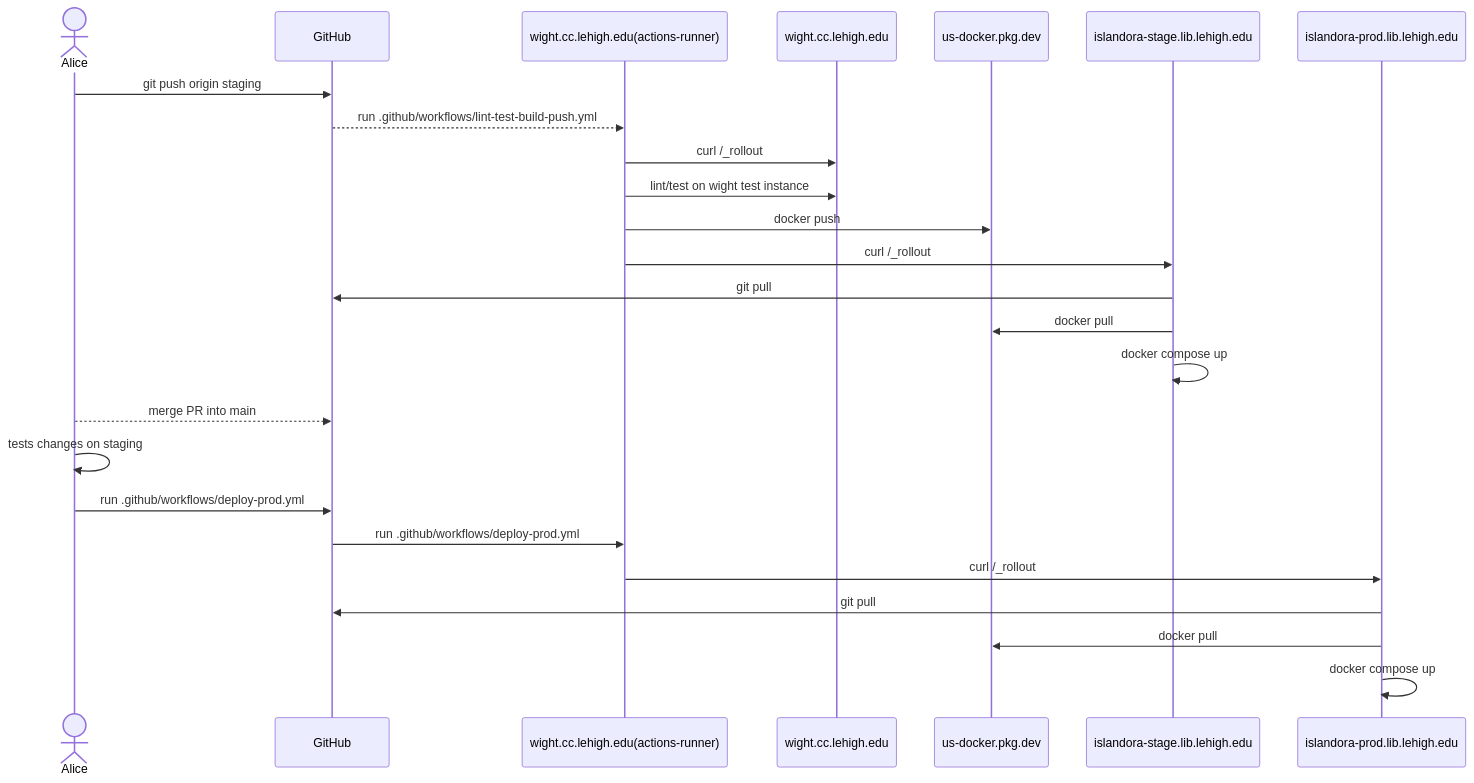
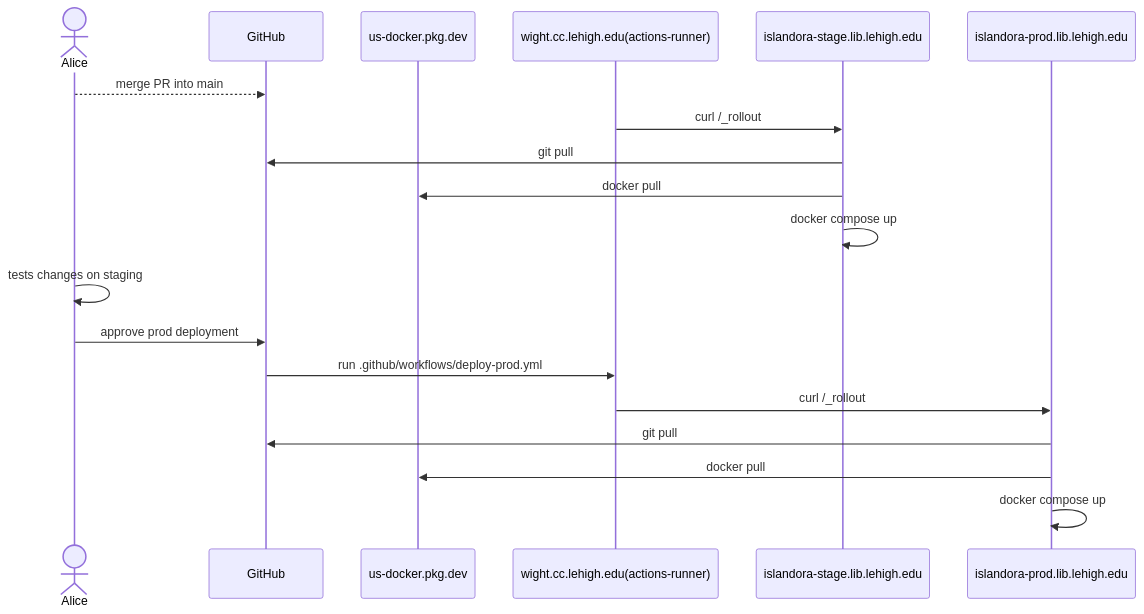
Before and after one commit to lehigh-university-libraries/isle-preserve: the third of 3 diagrams in README.md, drawn with Mermaid. The commit also changed other lines of this file and 3 other files, not shown here.

First line of the commit message:
Deploy to stage on merge into main (#31)

````diff
--- a/README.md
+++ b/README.md
@@ -221,21 +154,18 @@
 ```mermaid
 sequenceDiagram
     actor Alice
-    Alice->>GitHub: git push origin staging
-    GitHub-->>wight.cc.lehigh.edu(actions-runner): run .github/workflows/lint-test-build-push.yml
-    wight.cc.lehigh.edu(actions-runner)->>wight.cc.lehigh.edu: curl /_rollout
-    wight.cc.lehigh.edu(actions-runner)->>wight.cc.lehigh.edu: lint/test on wight test instance
-    wight.cc.lehigh.edu(actions-runner)->>us-docker.pkg.dev: docker push
+    participant GitHub
+    participant us-docker.pkg.dev
+    Alice-->>GitHub: merge PR into main
     wight.cc.lehigh.edu(actions-runner)->>islandora-stage.lib.lehigh.edu: curl /_rollout
     islandora-stage.lib.lehigh.edu->>GitHub: git pull
     islandora-stage.lib.lehigh.edu->>us-docker.pkg.dev: docker pull
     islandora-stage.lib.lehigh.edu->>islandora-stage.lib.lehigh.edu: docker compose up
-    Alice-->>GitHub: merge PR into main
     Alice->>Alice: tests changes on staging
-    Alice->>GitHub: run .github/workflows/deploy-prod.yml
+    Alice->>GitHub: approve prod deployment
     GitHub->>wight.cc.lehigh.edu(actions-runner): run .github/workflows/deploy-prod.yml
     wight.cc.lehigh.edu(actions-runner)->>islandora-prod.lib.lehigh.edu: curl /_rollout
     islandora-prod.lib.lehigh.edu->>GitHub: git pull
     islandora-prod.lib.lehigh.edu->>us-docker.pkg.dev: docker pull
     islandora-prod.lib.lehigh.edu->>islandora-prod.lib.lehigh.edu: docker compose up
 ```
````
